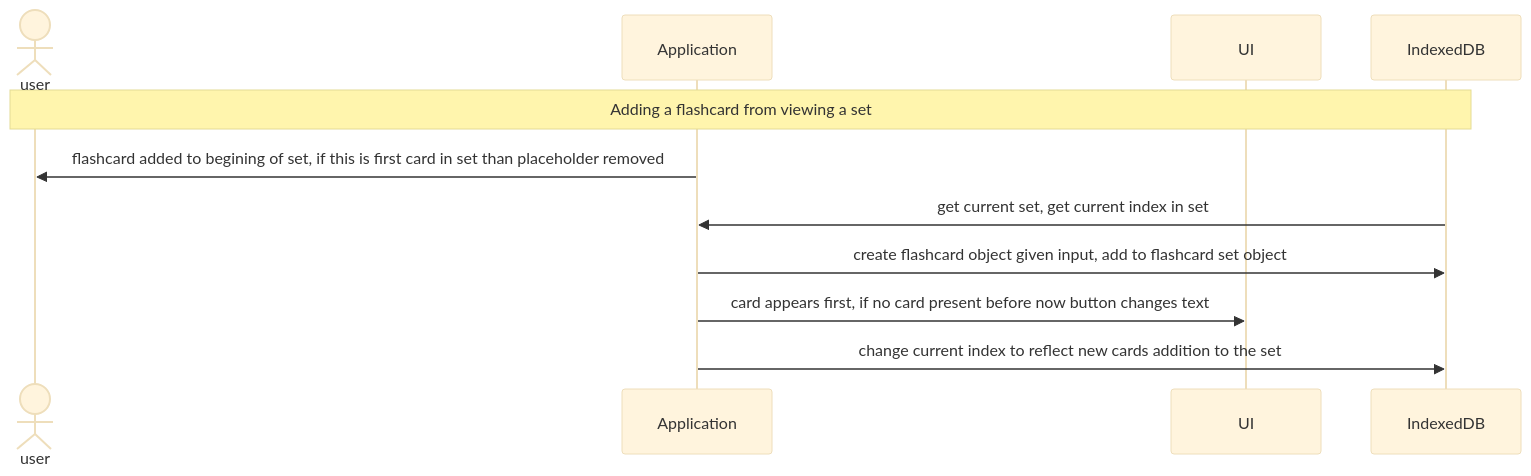
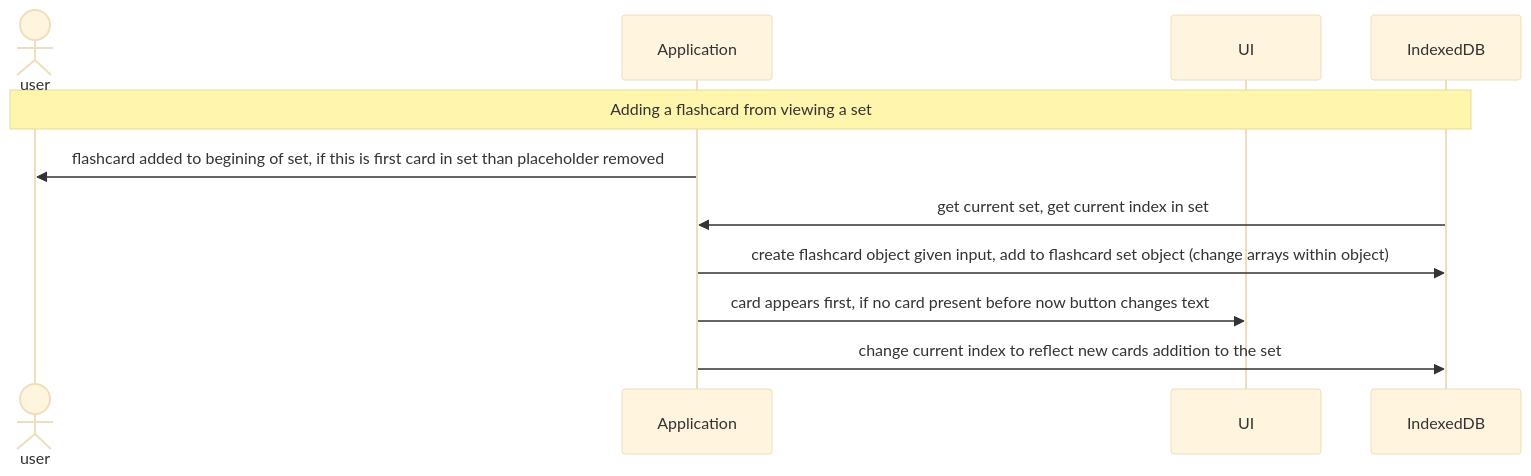
One commit to Henry-WK/henry-wk.github.io changed the diagram in mermaid.md. Above: the diagram before and after it, drawn with Mermaid (base theme).

````diff
--- a/mermaid.md
+++ b/mermaid.md
@@ -1,14 +1,14 @@
 ```mermaid
   sequenceDiagram
   actor user
   participant app as Application
   participant ui as UI
   participant db as IndexedDB
 
   Note over user,db: Adding a flashcard from viewing a set
   app->>user: flashcard added to begining of set, if this is first card in set than placeholder removed
   db->>app: get current set, get current index in set
-  app->>db: create flashcard object given input, add to flashcard set object
+  app->>db: create flashcard object given input, add to flashcard set object (change arrays within object)
   app->>ui: card appears first, if no card present before now button changes text
   app->>db: change current index to reflect new cards addition to the set
 ```
````
